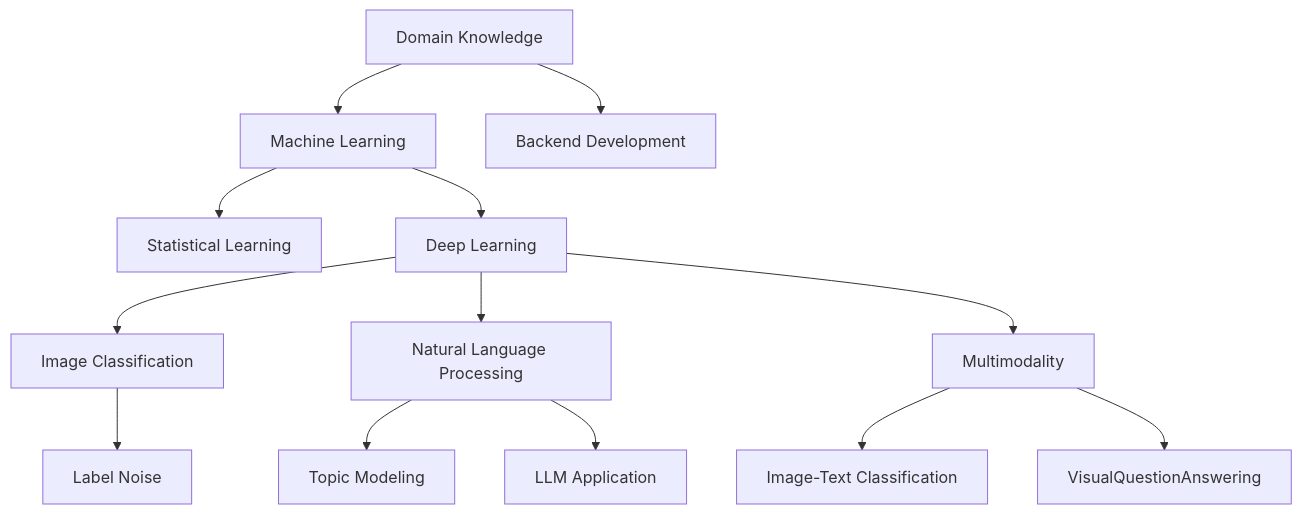
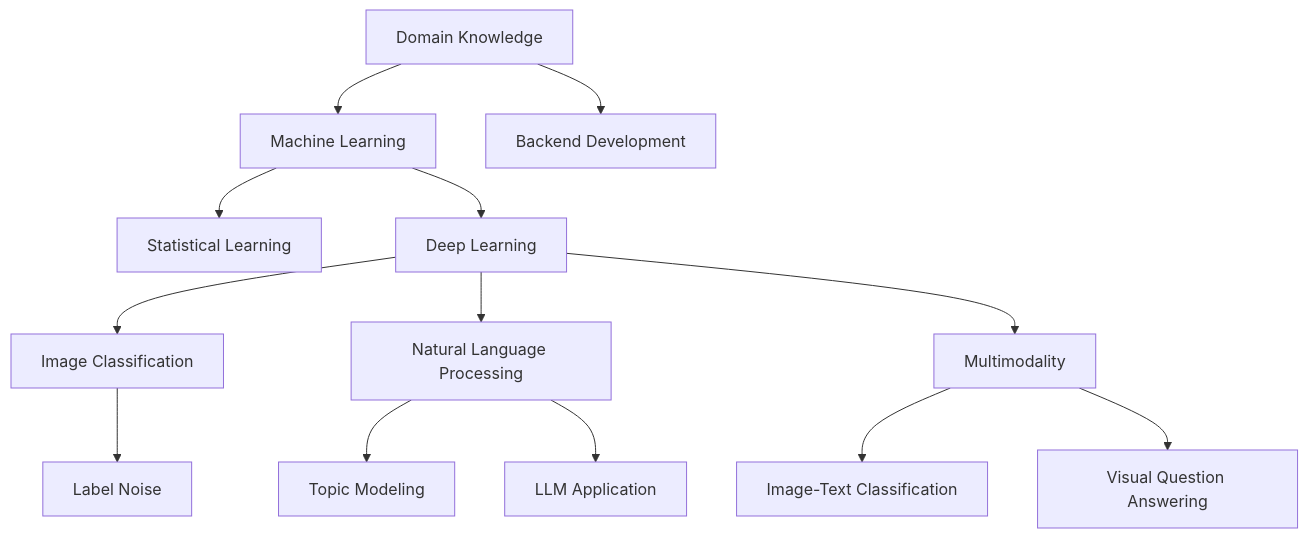
Before and after one commit to XavierSpycy/XavierSpycy: the diagram in README.md, drawn with Mermaid. The commit also changed other lines of this file, not shown here.

````diff
--- a/README.md
+++ b/README.md
@@ -12,15 +12,15 @@
 ```mermaid
 graph TD;
     DomainKnowledge[Domain Knowledge]-->MachineLearning[Machine Learning];
     MachineLearning[Machine Learning]-->StatisticalLearning[Statistical Learning];
     MachineLearning[Machine Learning]-->DeepLearning[Deep Learning];
     DomainKnowledge[Domain Knowledge]-->BackendDevelopment[Backend Development];
     DeepLearning[Deep Learning]-->ImageClassification[Image Classification];
     ImageClassification[Image Classification]-->LabelNoise[Label Noise];
     DeepLearning[Deep Learning]-->NaturalLanguageProcessing[Natural Language Processing];
     NaturalLanguageProcessing[Natural Language Processing]-->TopicModeling[Topic Modeling];
     NaturalLanguageProcessing[Natural Language Processing]-->LLMApplication[LLM Application];
     DeepLearning[Deep Learning]-->Multimodality[Multimodality];
     Multimodality[Multimodality]-->ImageTextClassification[Image-Text Classification];
-    Multimodality[Multimodality]-->VisualQuestionAnswering[VisualQuestionAnswering];
+    Multimodality[Multimodality]-->VisualQuestionAnswering[Visual Question Answering];
    ```
````
